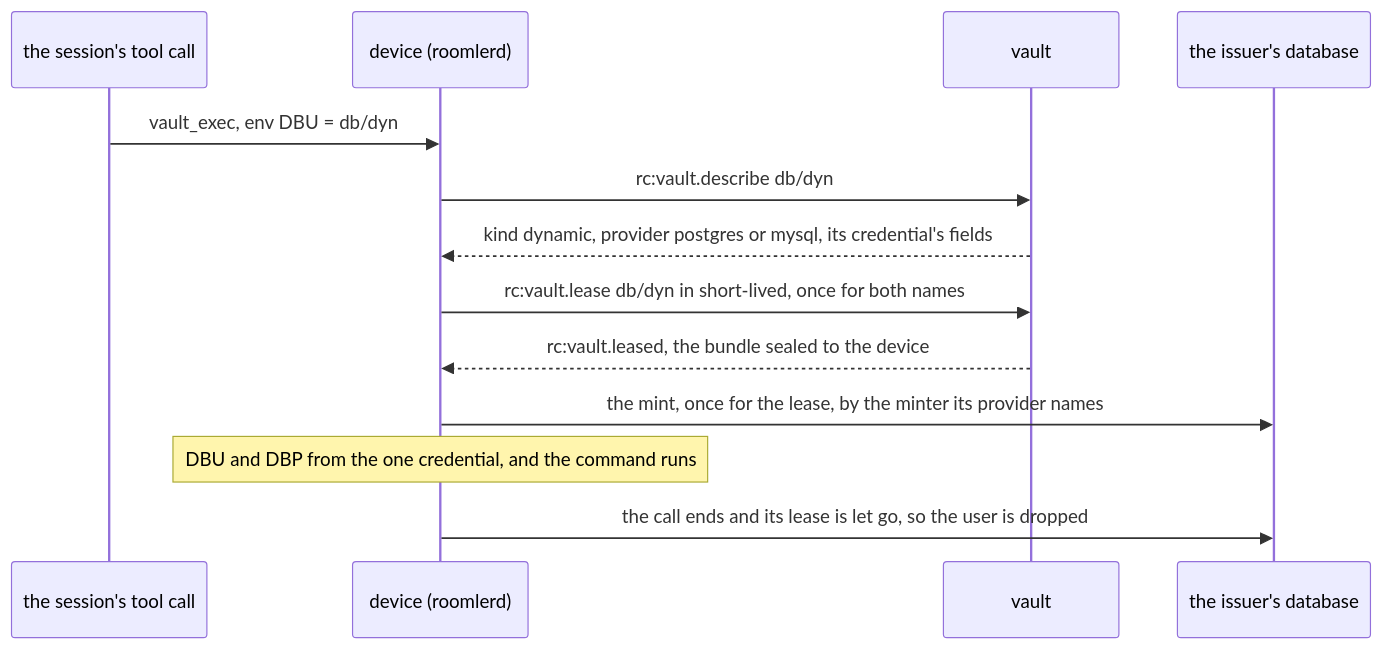
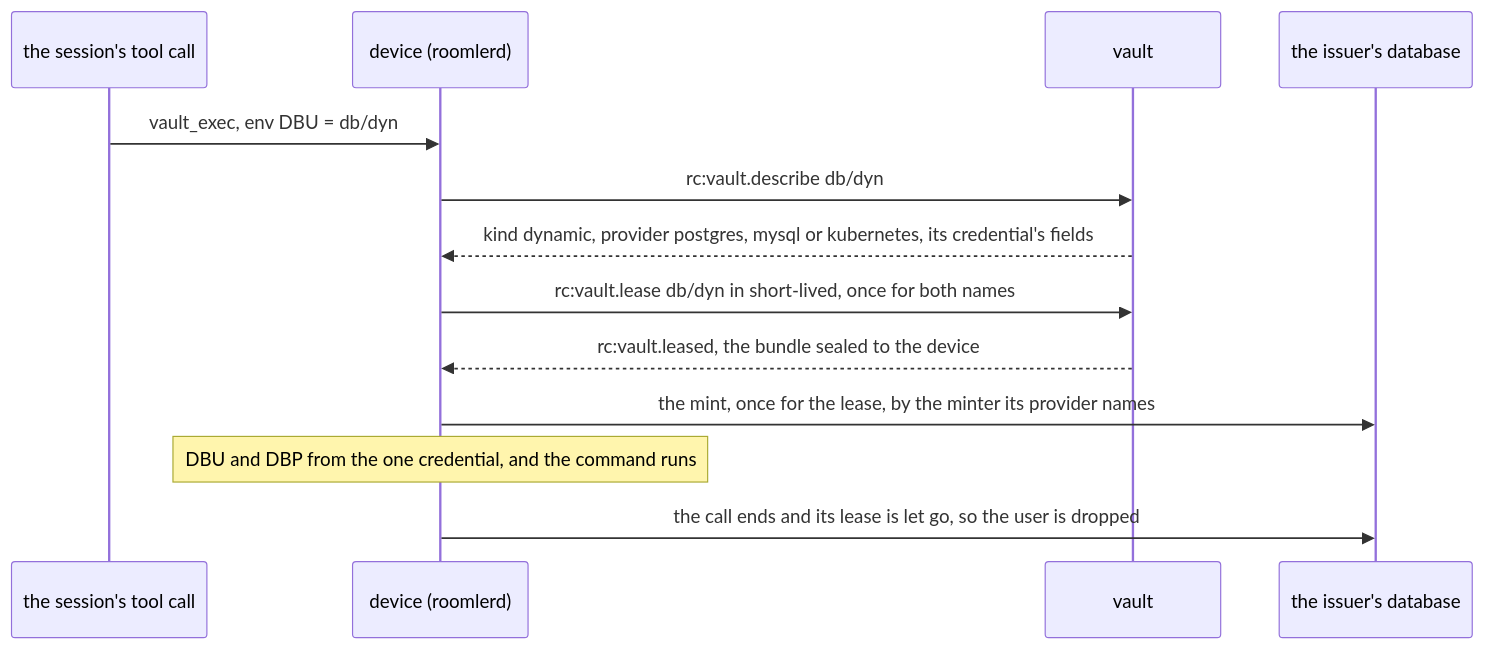
One commit to gjovanov/roomler-ai changed diagram 24 of 27 in docs/vault.md. Above: the diagram before and after it, drawn with Mermaid. The commit also changed other lines of this file and 9 other files, not shown here.

First line of the commit message:
feat(fr-90): P3-6f-2 — the Kubernetes minter's caller: kubernetes, a provider the vault leases and the daemon mints for

````diff
--- a/docs/vault.md
+++ b/docs/vault.md
@@ -1671,15 +1672,15 @@
 ```mermaid
 sequenceDiagram
     participant S as the session's tool call
     participant D as device (roomlerd)
     participant V as vault
     participant P as the issuer's database
     S->>D: vault_exec, env DBU = db/dyn#user and DBP = db/dyn#password
     D->>V: rc:vault.describe db/dyn
-    V-->>D: kind dynamic, provider postgres or mysql, its credential's fields
+    V-->>D: kind dynamic, provider postgres, mysql or kubernetes, its credential's fields
     D->>V: rc:vault.lease db/dyn in short-lived, once for both names
     V-->>D: rc:vault.leased, the bundle sealed to the device
     D->>P: the mint, once for the lease, by the minter its provider names
     Note over D: DBU and DBP from the one credential, and the command runs
     D->>P: the call ends and its lease is let go, so the user is dropped
 ```
````
